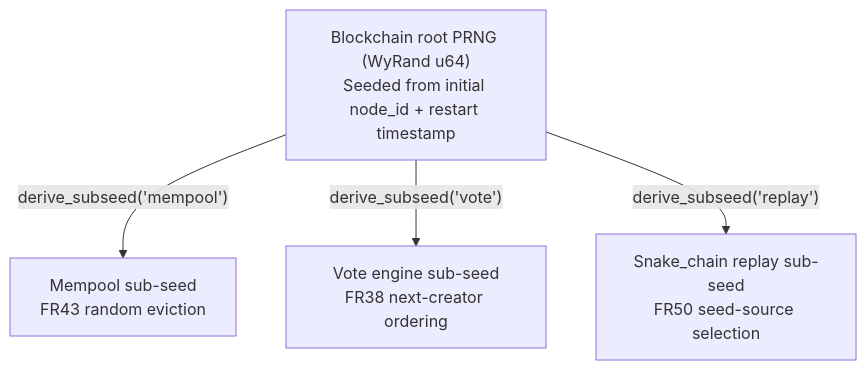
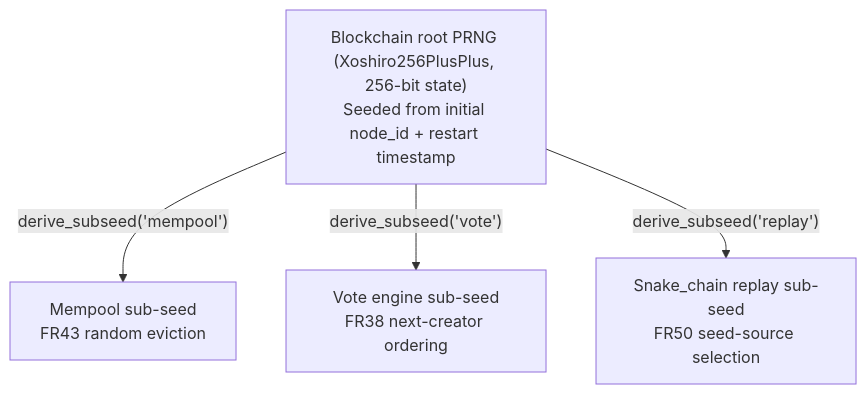
The second of 3 diagrams in moonblokz-blockchain-architecture.md (petersallai/moonblokz-info), drawn with Mermaid before and after one commit. The commit also changed other lines of this file and 4 other files, not shown here.

````diff
--- a/moonblokz-blockchain-architecture.md
+++ b/moonblokz-blockchain-architecture.md
@@ -180,11 +180,11 @@
 ```mermaid
 graph TB
-    Root["Blockchain root PRNG (WyRand u64)<br/>Seeded from initial node_id + restart timestamp"]
+    Root["Blockchain root PRNG (Xoshiro256PlusPlus, 256-bit state)<br/>Seeded from initial node_id + restart timestamp"]
     Mempool["Mempool sub-seed<br/>FR43 random eviction"]
     Vote["Vote engine sub-seed<br/>FR38 next-creator ordering"]
     Replay["Snake_chain replay sub-seed<br/>FR50 seed-source selection"]
 
     Root -->|"derive_subseed('mempool')"| Mempool
     Root -->|"derive_subseed('vote')"| Vote
     Root -->|"derive_subseed('replay')"| Replay
 ```
````
